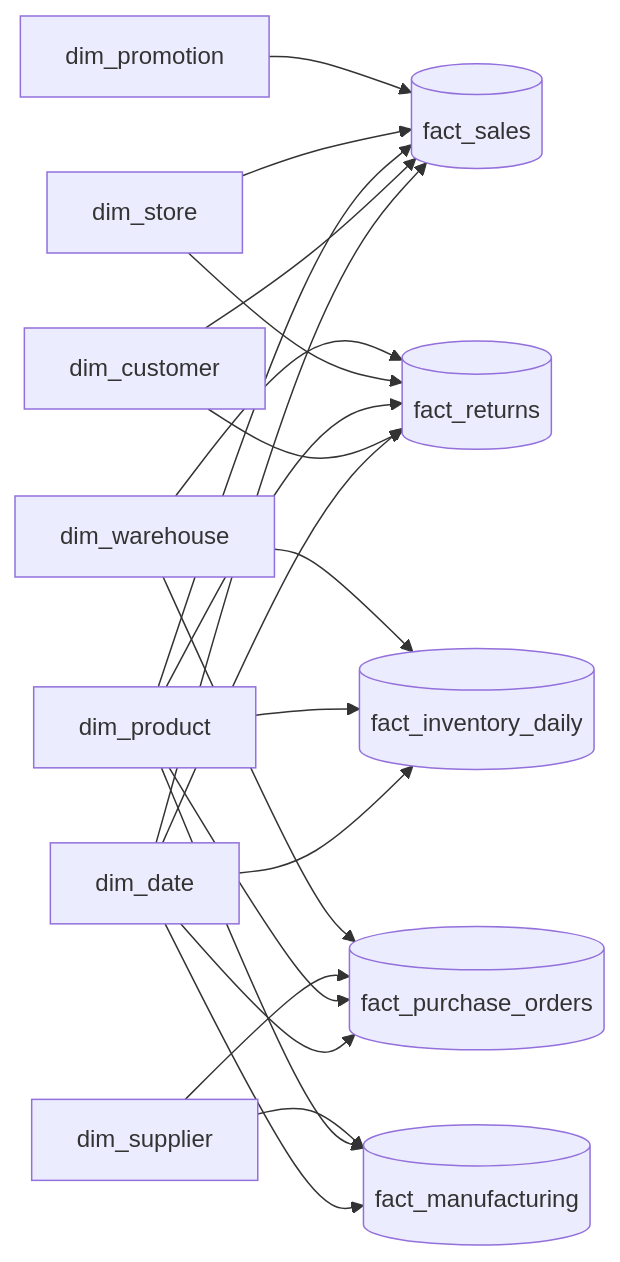
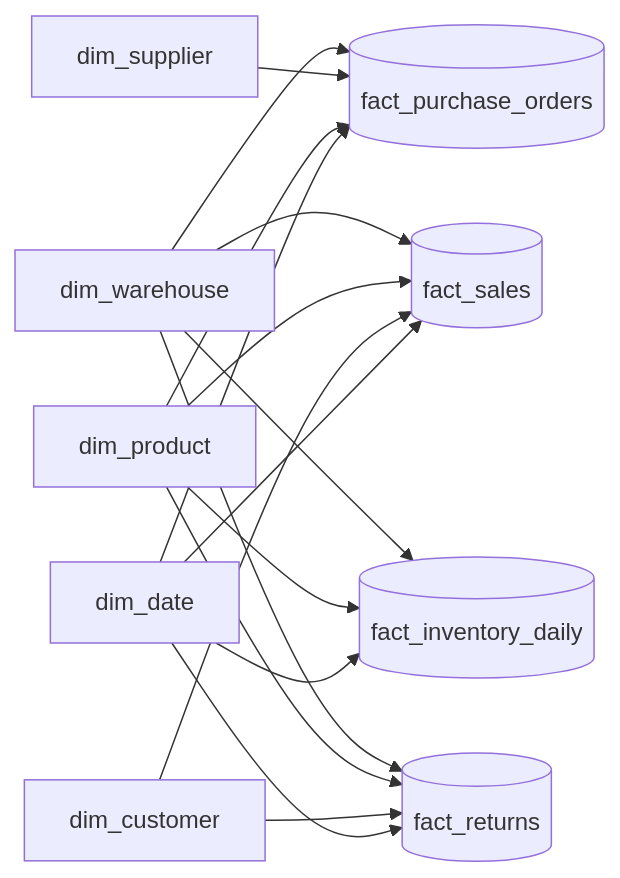
Before and after one commit to jovync/analytics-portfolio: the first of 4 diagrams in vespera-analytics-platform/docs/02_architecture/03_star_schema.md, drawn with Mermaid. The commit also changed other lines of this file and 3 other files, not shown here.

First line of the commit message:
docs: reconcile dim_store/dim_warehouse divergence with generated data

````diff
--- a/vespera-analytics-platform/docs/02_architecture/03_star_schema.md
+++ b/vespera-analytics-platform/docs/02_architecture/03_star_schema.md
@@ -72,42 +73,33 @@
 ```mermaid
 flowchart LR
 
     D1[dim_date]
     D2[dim_customer]
     D3[dim_product]
-    D4[dim_store]
     D5[dim_supplier]
     D6[dim_warehouse]
-    D7[dim_promotion]
 
     F1[(fact_sales)]
     F2[(fact_purchase_orders)]
     F3[(fact_inventory_daily)]
-    F4[(fact_manufacturing)]
     F5[(fact_returns)]
 
     D1 --> F1
     D2 --> F1
     D3 --> F1
-    D4 --> F1
-    D7 --> F1
+    D6 --> F1
 
     D1 --> F2
     D3 --> F2
     D5 --> F2
     D6 --> F2
 
     D1 --> F3
     D3 --> F3
     D6 --> F3
 
-    D1 --> F4
-    D3 --> F4
-    D5 --> F4
-
     D1 --> F5
     D2 --> F5
     D3 --> F5
-    D4 --> F5
     D6 --> F5
 ```
````
